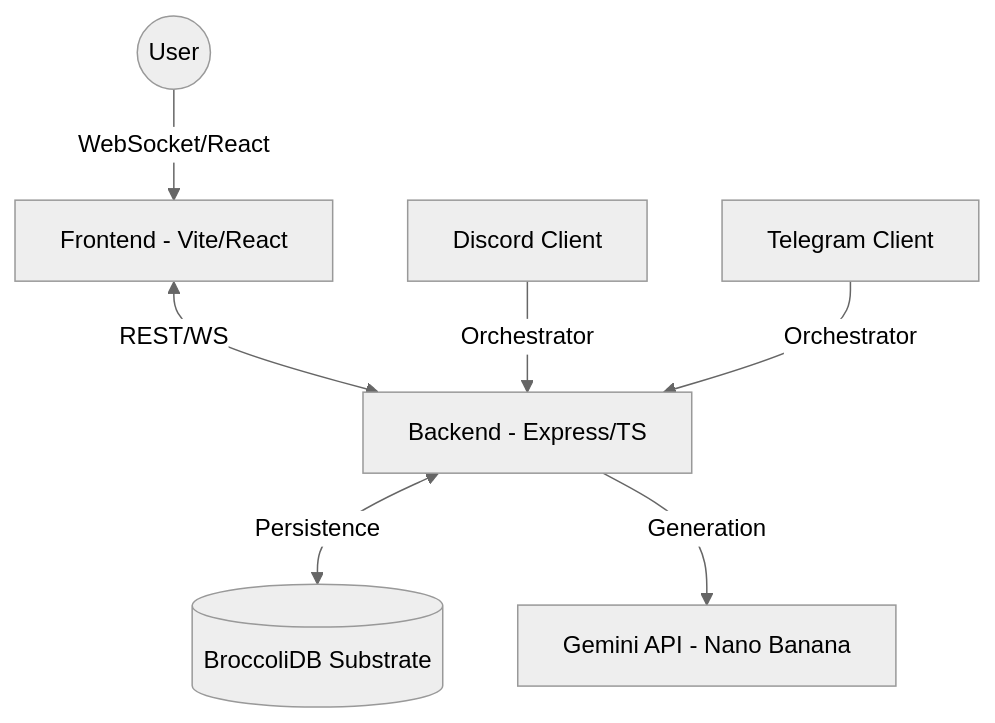
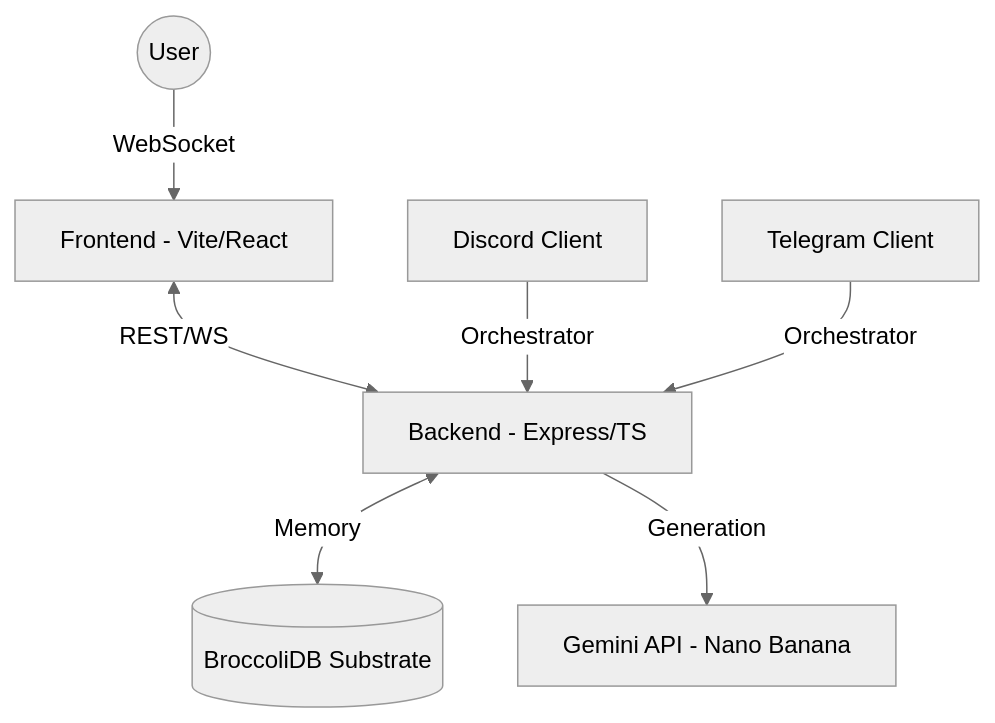
The diagram in README.md (CardSorting/AIDreamBees), drawn with Mermaid (neutral theme) before and after one commit. The commit also changed other lines of this file and 8 other files, not shown here.

````diff
--- a/README.md
+++ b/README.md
@@ -58,9 +75,9 @@
 ```mermaid
 graph TD
-    User((User)) -->|WebSocket/React| Frontend[Frontend - Vite/React]
+    User((User)) -->|WebSocket| Frontend[Frontend - Vite/React]
     Frontend <-->|REST/WS| Backend[Backend - Express/TS]
     Discord[Discord Client] -->|Orchestrator| Backend
     Telegram[Telegram Client] -->|Orchestrator| Backend
-    Backend <-->|Persistence| BDB[(BroccoliDB Substrate)]
+    Backend <-->|Memory| BDB[(BroccoliDB Substrate)]
     Backend -->|Generation| Gemini[Gemini API - Nano Banana]
 ```
````
